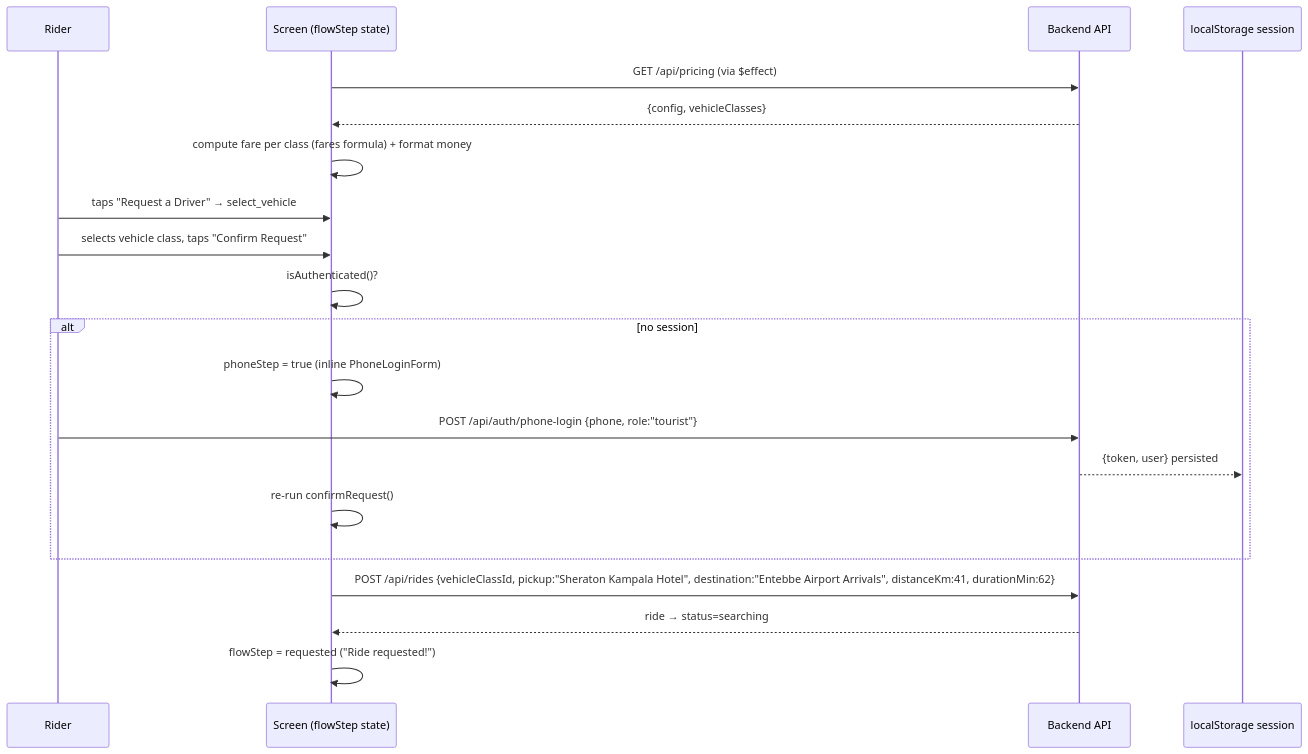
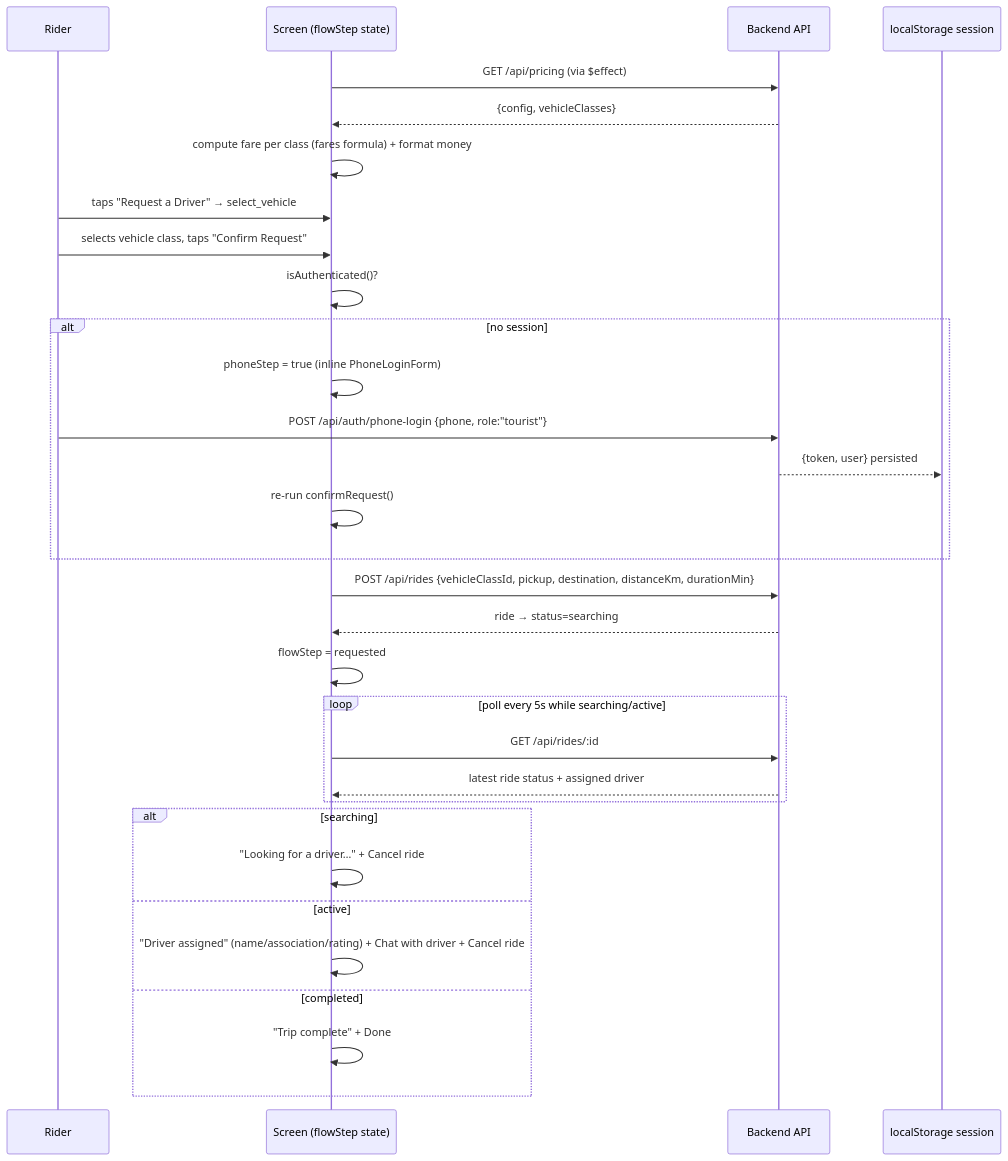
Before and after one commit to IVYIMOH/My_rider: the fifth of 7 diagrams in docs/frontend.md, drawn with Mermaid. The commit also changed other lines of this file and 4 other files, not shown here.

Commit message:
docs: update architecture and per-system docs to current state

````diff
--- a/docs/frontend.md
+++ b/docs/frontend.md
@@ -144,24 +158,35 @@
 ```mermaid
 sequenceDiagram
     participant U as Rider
     participant S as Screen (flowStep state)
     participant A as Backend API
     participant L as localStorage session
 
     S->>A: GET /api/pricing (via $effect)
     A-->>S: {config, vehicleClasses}
     S->>S: compute fare per class (fares formula) + format money
 
     U->>S: taps "Request a Driver" → select_vehicle
     U->>S: selects vehicle class, taps "Confirm Request"
     S->>S: isAuthenticated()?
     alt no session
         S->>S: phoneStep = true (inline PhoneLoginForm)
         U->>A: POST /api/auth/phone-login {phone, role:"tourist"}
         A-->>L: {token, user} persisted
         S->>S: re-run confirmRequest()
     end
-    S->>A: POST /api/rides {vehicleClassId, pickup:"Sheraton Kampala Hotel", destination:"Entebbe Airport Arrivals", distanceKm:41, durationMin:62}
+    S->>A: POST /api/rides {vehicleClassId, pickup, destination, distanceKm, durationMin}
     A-->>S: ride → status=searching
-    S->>S: flowStep = requested ("Ride requested!")
+    S->>S: flowStep = requested
+    loop poll every 5s while searching/active
+        S->>A: GET /api/rides/:id
+        A-->>S: latest ride status + assigned driver
+    end
+    alt searching
+        S->>S: "Looking for a driver…" + Cancel ride
+    else active
+        S->>S: "Driver assigned" (name/association/rating) + Chat with driver + Cancel ride
+    else completed
+        S->>S: "Trip complete" + Done
+    end
 ```
````
